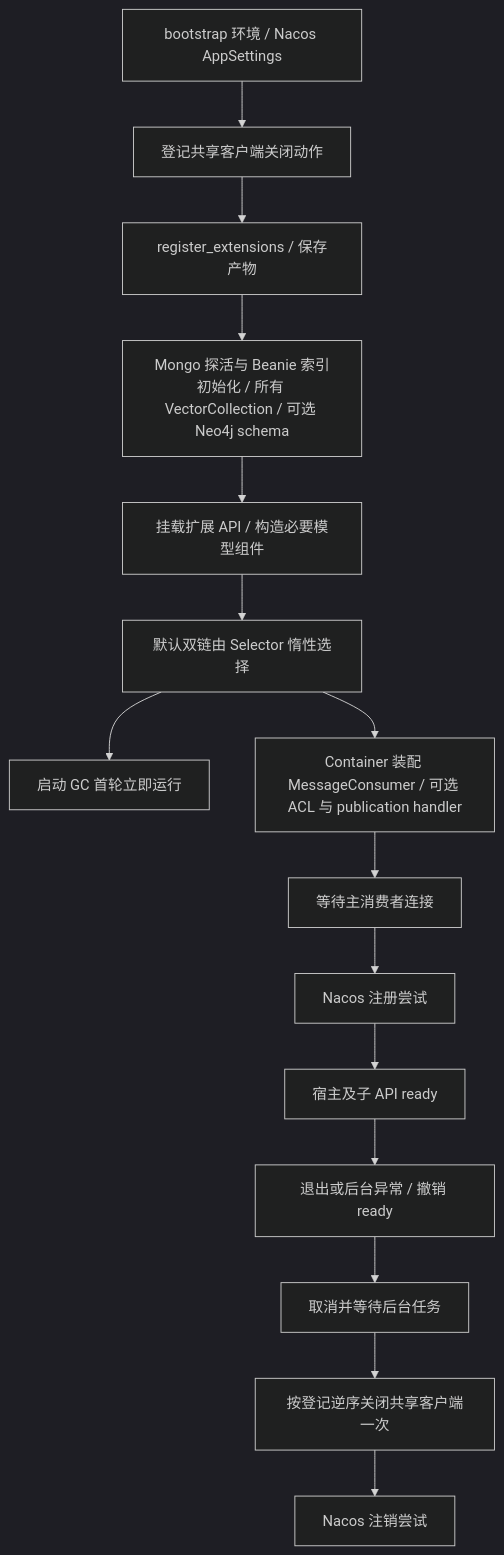
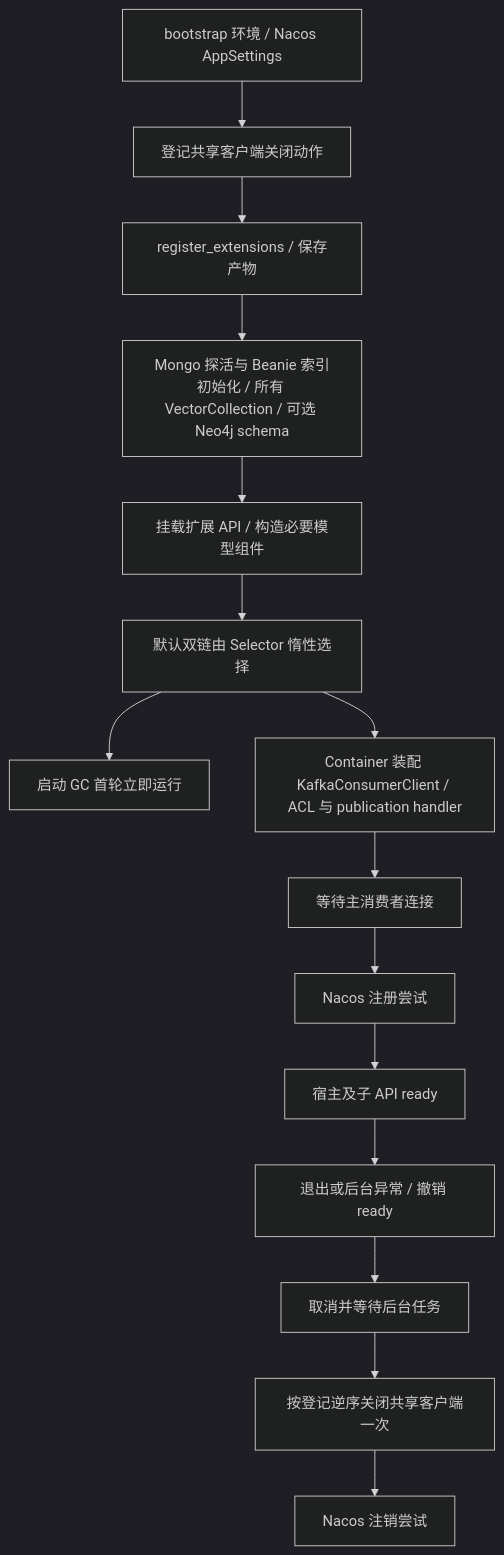
One commit to Oriole-FDU/WisePenCloud-AI changed the fourth of 4 diagrams in services/wisepen-rag-service/docs/architecture.md. Above: the diagram before and after it, drawn with Mermaid (dark theme). The commit also changed other lines of this file and 88 other files, not shown here.

````diff
--- a/services/wisepen-rag-service/docs/architecture.md
+++ b/services/wisepen-rag-service/docs/architecture.md
@@ -105,17 +105,17 @@
 ```mermaid
 flowchart TD
     Boot[bootstrap 环境 / Nacos AppSettings] --> Own[登记共享客户端关闭动作]
     Own --> Ext[register_extensions / 保存产物]
     Ext --> Init[Mongo 探活与 Beanie 索引初始化 / 所有 VectorCollection / 可选 Neo4j schema]
     Init --> Mount[挂载扩展 API / 构造必要模型组件]
     Mount --> Pipeline[默认双链由 Selector 惰性选择]
     Pipeline --> GC[启动 GC 首轮立即运行]
-    Pipeline --> Consumers[Container 装配 MessageConsumer / 可选 ACL 与 publication handler]
+    Pipeline --> Consumers[Container 装配 KafkaConsumerClient / ACL 与 publication handler]
     Consumers --> Wait[等待主消费者连接]
     Wait --> Reg[Nacos 注册尝试]
     Reg --> Ready[宿主及子 API ready]
     Ready --> Stop[退出或后台异常 / 撤销 ready]
     Stop --> Cancel[取消并等待后台任务]
     Cancel --> Close[按登记逆序关闭共享客户端一次]
     Close --> Dereg[Nacos 注销尝试]
 ```
````
